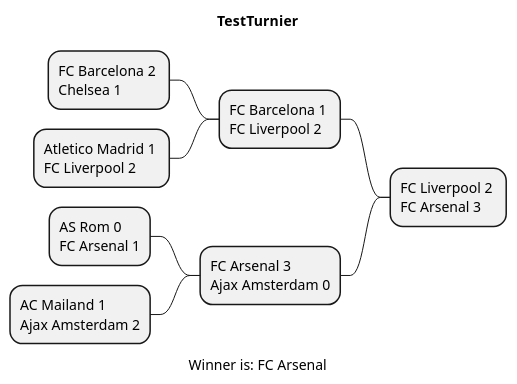
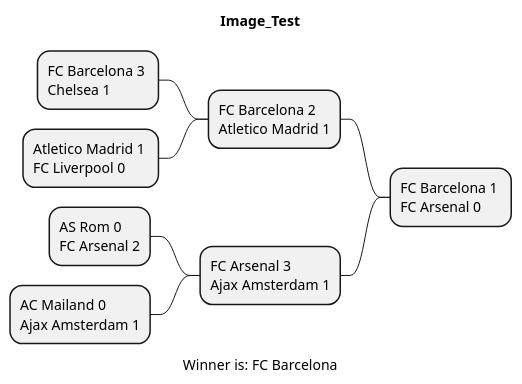
One commit to htl-leonding-project/2022-4ahif-autohaus changed the diagram in asciidocs/plantuml/Result.puml. Above: the diagram before and after it, drawn with PlantUML. The commit also changed 64 other files, not shown here.

```diff
--- a/asciidocs/plantuml/Result.puml
+++ b/asciidocs/plantuml/Result.puml
@@ -1,18 +1,18 @@
-@startmindmap TestTurnier.png
-title TestTurnier
+@startmindmap Image_Test.png
+title Image_Test
 
-- FC Liverpool 2 \nFC Arsenal 3
+- FC Barcelona 1 \nFC Arsenal 0
 
--- FC Barcelona 1 \nFC Liverpool 2
+-- FC Barcelona 2 \nAtletico Madrid 1
 
---- FC Barcelona 2 \nChelsea 1
+--- FC Barcelona 3 \nChelsea 1
 
---- Atletico Madrid 1 \nFC Liverpool 2
+--- Atletico Madrid 1 \nFC Liverpool 0
 
--- FC Arsenal 3 \nAjax Amsterdam 0
+-- FC Arsenal 3 \nAjax Amsterdam 1
 
---- AS Rom 0 \nFC Arsenal 1
+--- AS Rom 0 \nFC Arsenal 2
 
---- AC Mailand 1 \nAjax Amsterdam 2
-caption Winner is: FC Arsenal
+--- AC Mailand 0 \nAjax Amsterdam 1
+caption Winner is: FC Barcelona
 @endmindmap
```
